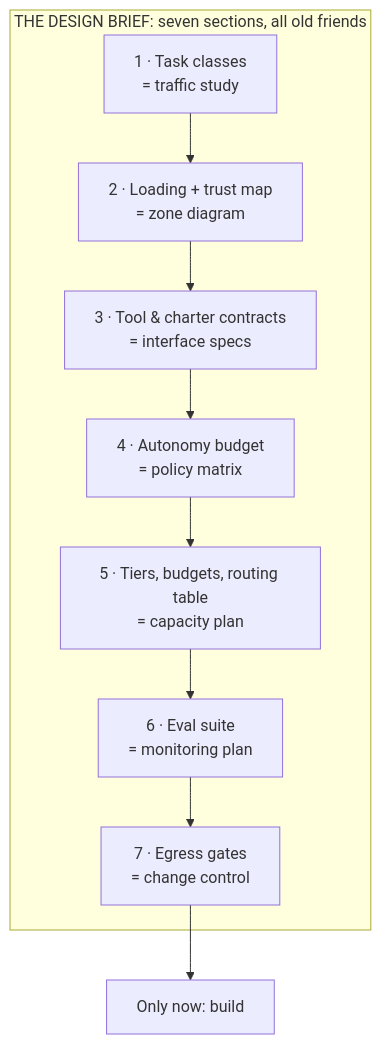
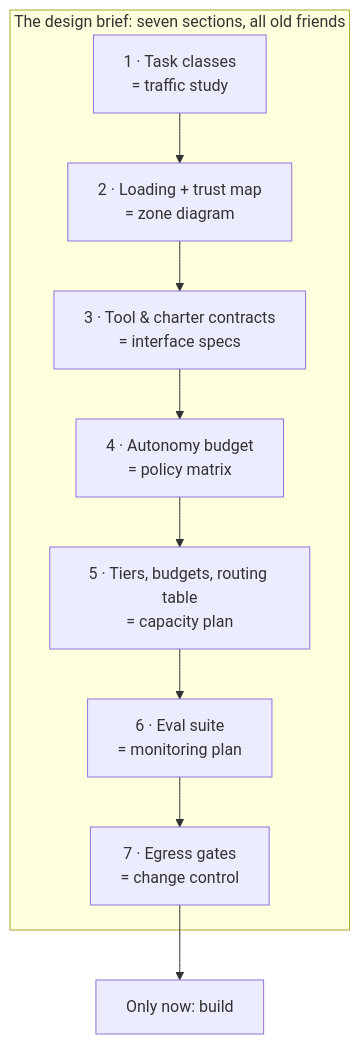
The diagram in guide/11-the-design-brief.md (chorusse/agentic-estate), drawn with Mermaid before and after one commit. The commit also changed 14 other files, not shown here.

````diff
--- a/guide/11-the-design-brief.md
+++ b/guide/11-the-design-brief.md
@@ -53,15 +53,15 @@
 ```mermaid
 flowchart TB
-    subgraph brief["THE DESIGN BRIEF: seven sections, all old friends"]
+    subgraph brief["The design brief: seven sections, all old friends"]
         b1["1 · Task classes<br/>= traffic study"]
         b2["2 · Loading + trust map<br/>= zone diagram"]
         b3["3 · Tool & charter contracts<br/>= interface specs"]
         b4["4 · Autonomy budget<br/>= policy matrix"]
         b5["5 · Tiers, budgets, routing table<br/>= capacity plan"]
         b6["6 · Eval suite<br/>= monitoring plan"]
         b7["7 · Egress gates<br/>= change control"]
     end
     b1 --> b2 --> b3 --> b4 --> b5 --> b6 --> b7
     build["Only now: build"]
     b7 --> build
 ```
````
